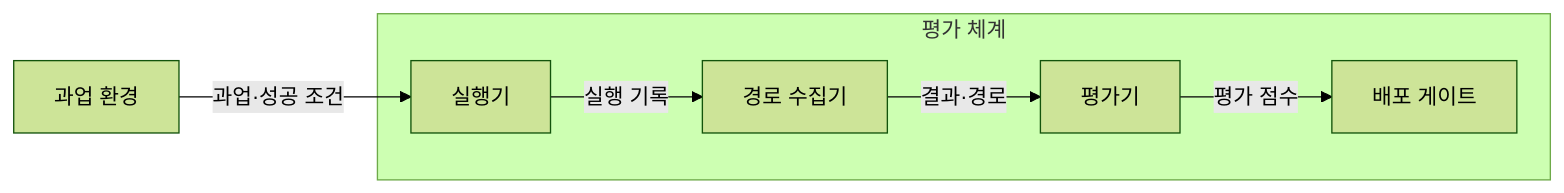
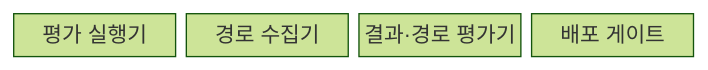
One commit to agnusdei1207/knowledge-base changed the first of 2 diagrams in src/content/docs/notes/08-latest-tech/021_agent_evaluation.md. Above: the diagram before and after it, drawn with Mermaid (forest theme). The commit also changed other lines of this file and 26 other files, not shown here.

````diff
--- a/src/content/docs/notes/08-latest-tech/021_agent_evaluation.md
+++ b/src/content/docs/notes/08-latest-tech/021_agent_evaluation.md
@@ -51,14 +51,8 @@
 ```mermaid
-flowchart LR
-    T[과업 환경]
-    subgraph E[평가 체계]
-        R[실행기]
-        C[경로 수집기]
-        V[평가기]
-        G[배포 게이트]
-        R -->|실행 기록| C
-        C -->|결과·경로| V
-        V -->|평가 점수| G
-    end
-    T -->|과업·성공 조건| R
+block-beta
+    columns 4
+    R["평가 실행기"]
+    C["경로 수집기"]
+    V["결과·경로 평가기"]
+    G["배포 게이트"]
 ```
````
